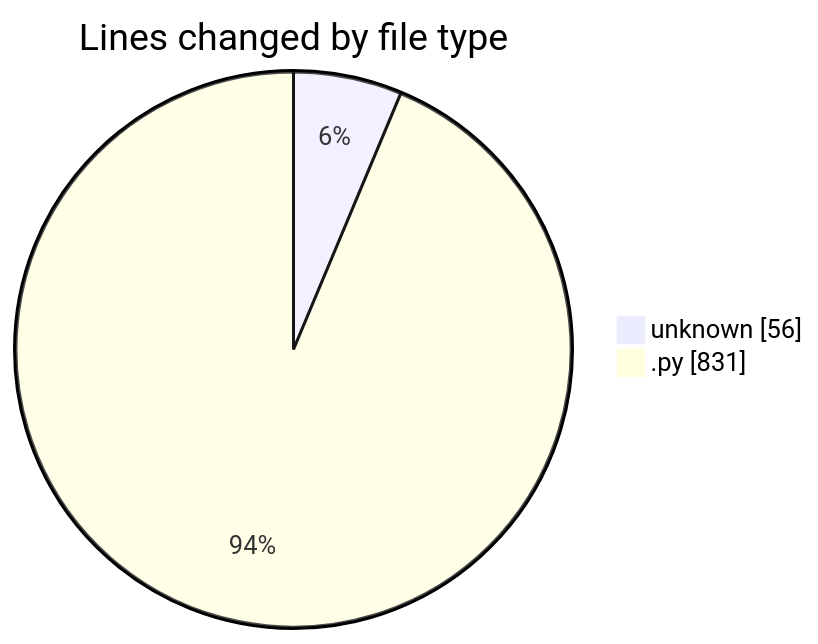
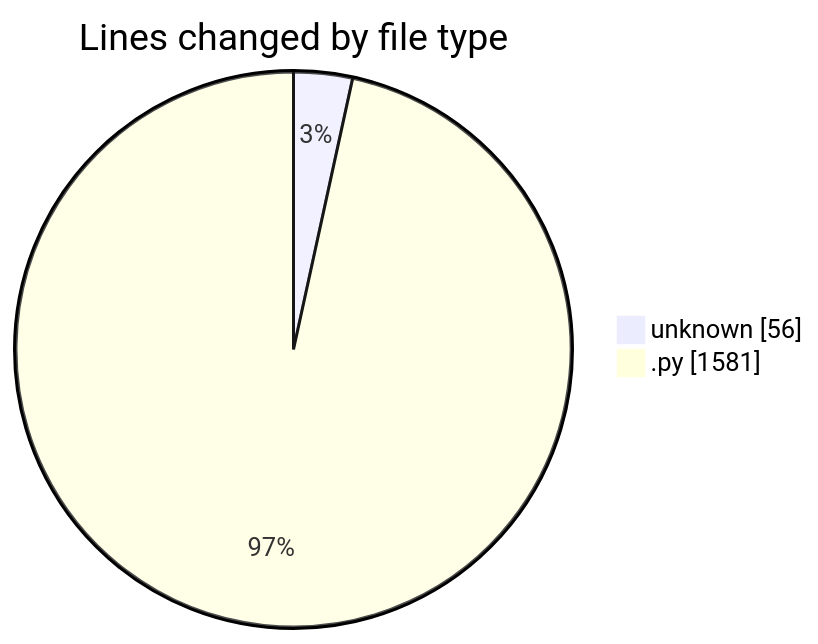
The first of 2 diagrams in 2025-11-26/eventscop-api-guide__workspace_/README.md (julien-gomy/code-tracking), drawn with Mermaid before and after one commit. The commit also changed other lines of this file and 1 other file, not shown here.

````diff
--- a/2025-11-26/eventscop-api-guide__workspace_/README.md
+++ b/2025-11-26/eventscop-api-guide__workspace_/README.md
@@ -22,6 +24,6 @@
 ```mermaid
 pie showData
 title Lines changed by file type
 "unknown" : 56
-".py" : 831
+".py" : 1581
 ```
````
